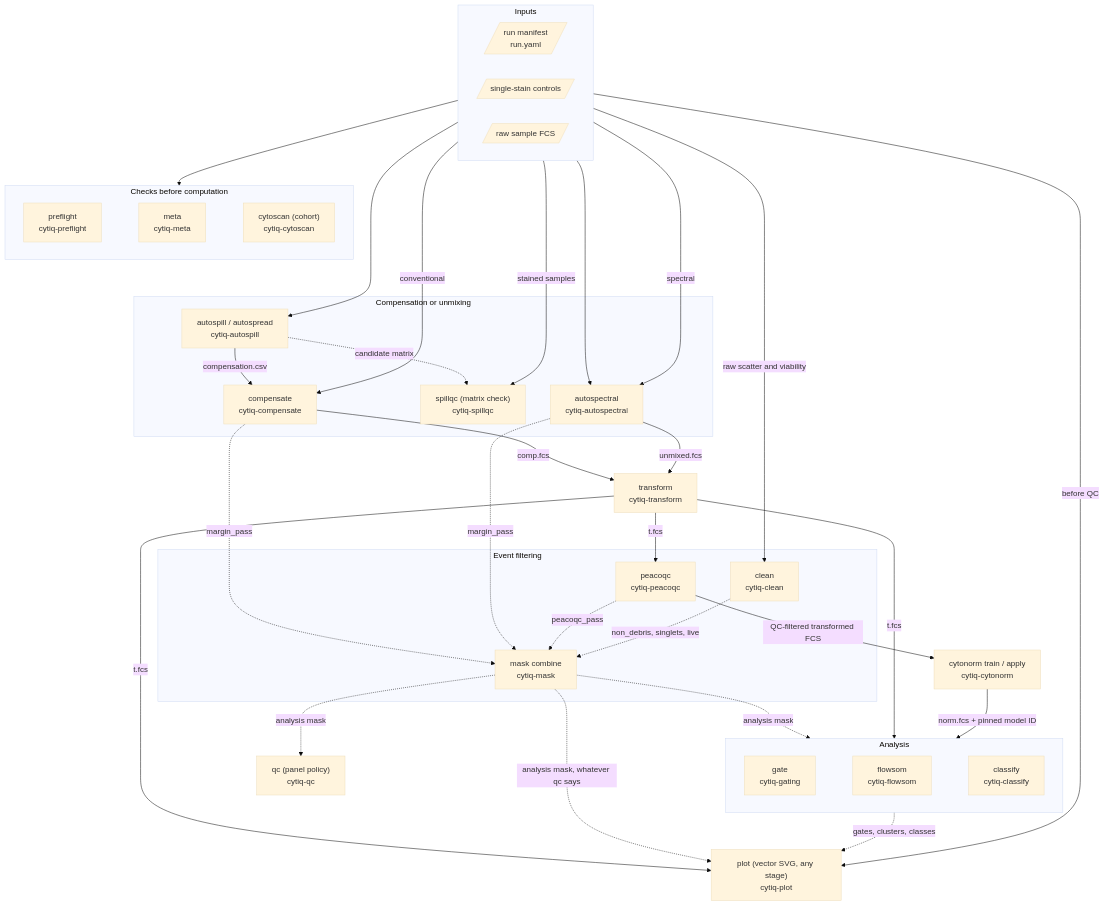
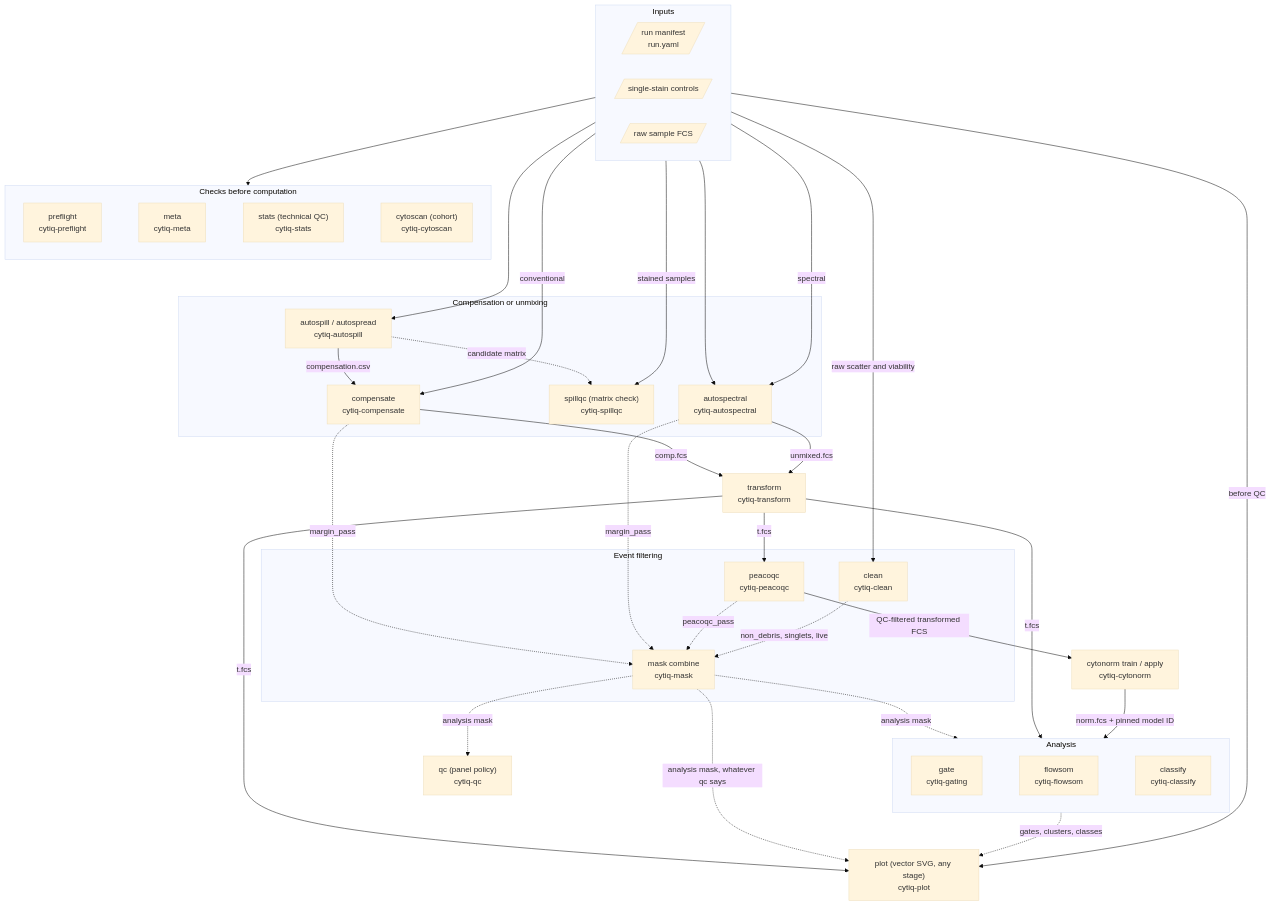
The diagram in README.md (cytiq/cytiq-cli), drawn with Mermaid (base theme) before and after one commit. The commit also changed 26 other files, not shown here.

First line of the commit message:
feat: add cytiq stats, histogram plots and meta provenance for CAS (#171)

````diff
--- a/README.md
+++ b/README.md
@@ -12,76 +12,77 @@
 ```mermaid
 flowchart TB
     subgraph inputs["Inputs"]
         direction LR
         manifest[/"run manifest<br/>run.yaml"/]
         controls[/"single-stain controls"/]
         raw[/"raw sample FCS"/]
     end
 
     subgraph checks["Checks before computation"]
         direction LR
         preflight["preflight<br/>cytiq-preflight"]
         meta["meta<br/>cytiq-meta"]
+        stats["stats (technical QC)<br/>cytiq-stats"]
         cytoscan["cytoscan (cohort)<br/>cytiq-cytoscan"]
     end
 
     subgraph signal["Compensation or unmixing"]
         autospill["autospill / autospread<br/>cytiq-autospill"]
         compensate["compensate<br/>cytiq-compensate"]
         spillqc["spillqc (matrix check)<br/>cytiq-spillqc"]
         autospectral["autospectral<br/>cytiq-autospectral"]
     end
 
     transform["transform<br/>cytiq-transform"]
 
     subgraph events["Event filtering"]
         peacoqc["peacoqc<br/>cytiq-peacoqc"]
         clean["clean<br/>cytiq-clean"]
         combine["mask combine<br/>cytiq-mask"]
     end
 
     qc["qc (panel policy)<br/>cytiq-qc"]
     cytonorm["cytonorm train / apply<br/>cytiq-cytonorm"]
 
     subgraph analysis["Analysis"]
         direction LR
         gate["gate<br/>cytiq-gating"]
         flowsom["flowsom<br/>cytiq-flowsom"]
         classify["classify<br/>cytiq-classify"]
     end
 
     inputs --> checks
     checks ~~~ signal
-    preflight ~~~ meta ~~~ cytoscan
+    preflight ~~~ meta ~~~ stats ~~~ cytoscan
     gate ~~~ flowsom ~~~ classify
 
     plot["plot (vector SVG, any stage)<br/>cytiq-plot"]
 
     controls --> autospill
     autospill -->|"compensation.csv"| compensate
     raw -->|"conventional"| compensate
     raw -->|"stained samples"| spillqc
     autospill -.->|"candidate matrix"| spillqc
     controls --> autospectral
     raw -->|"spectral"| autospectral
 
     compensate -->|"comp.fcs"| transform
     autospectral -->|"unmixed.fcs"| transform
     transform -->|"t.fcs"| peacoqc
     raw -->|"raw scatter and viability"| clean
 
     compensate -.->|"margin_pass"| combine
     autospectral -.->|"margin_pass"| combine
     peacoqc -.->|"peacoqc_pass"| combine
     clean -.->|"non_debris, singlets, live"| combine
 
     combine -.->|"analysis mask"| qc
     combine -.->|"analysis mask"| analysis
     transform -->|"t.fcs"| analysis
     peacoqc -->|"QC-filtered transformed FCS"| cytonorm
     cytonorm -->|"norm.fcs + pinned model ID"| analysis
     raw -->|"before QC"| plot
     transform -->|"t.fcs"| plot
     combine -.->|"analysis mask, whatever qc says"| plot
     analysis -.->|"gates, clusters, classes"| plot
 ```
````
